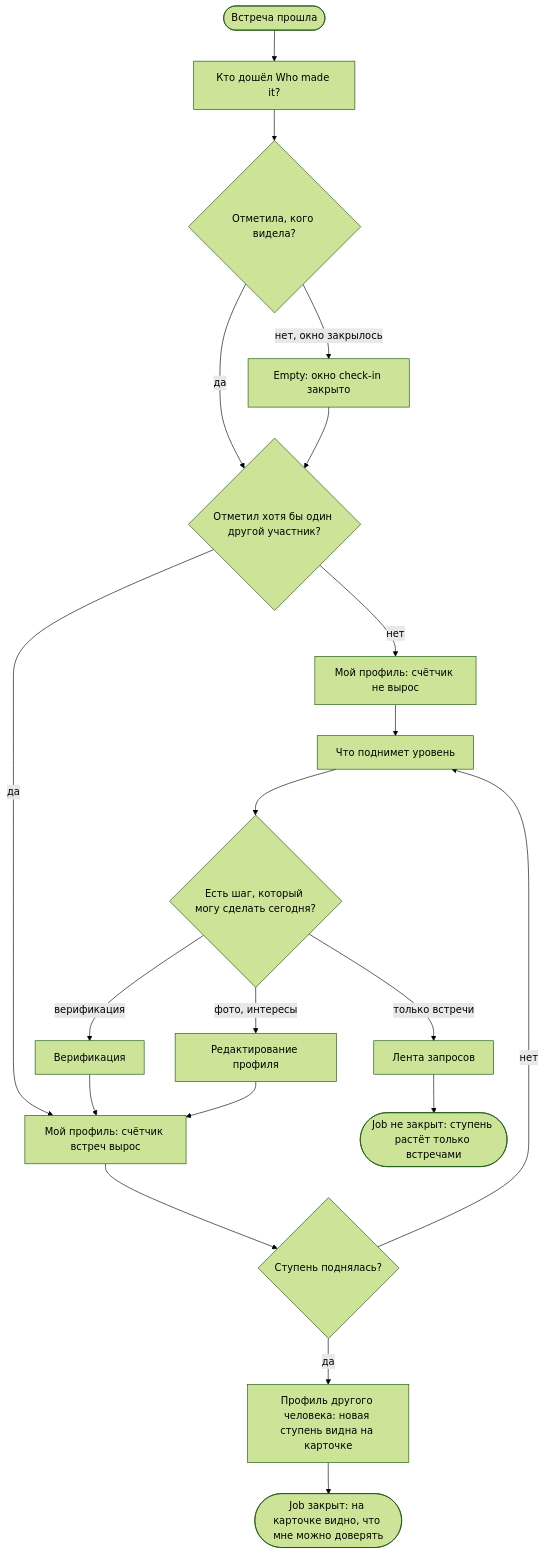
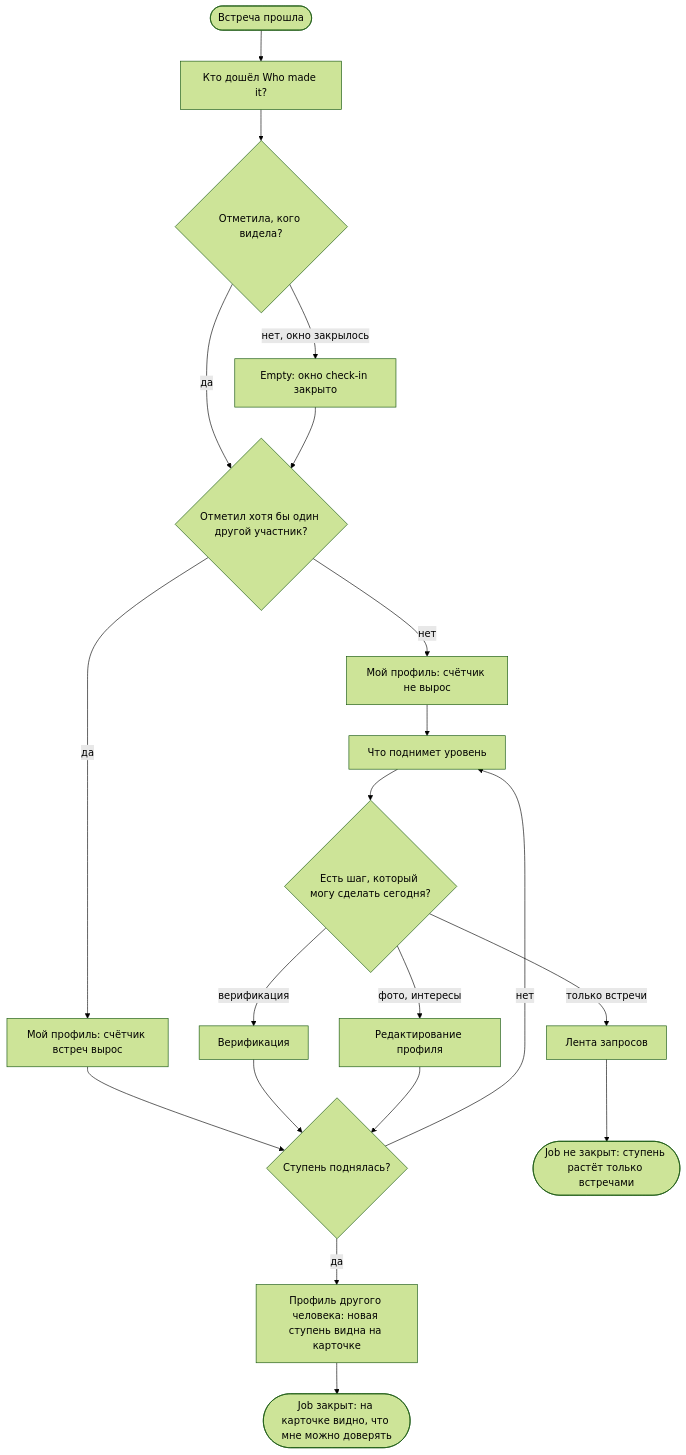
The seventh of 7 diagrams in flows.md (yulyaklim16-spec/meetmates), drawn with Mermaid (forest theme) before and after one commit. The commit also changed other lines of this file and 2 other files, not shown here.

First line of the commit message:
Bring §6 screen list to the tree; fix persona voice and tier edges in the new flows

````diff
--- a/flows.md
+++ b/flows.md
@@ -883,22 +883,22 @@
 ```mermaid
 flowchart TD
     Start([Встреча прошла]) --> WhoMade[Кто дошёл Who made it?]
     WhoMade --> Filled{Отметила, кого видела?}
     Filled -->|да| Counted{Отметил хотя бы один другой участник?}
     Filled -->|нет, окно закрылось| Closed["Empty: окно check-in закрыто"]
     Closed --> Counted
     Counted -->|нет| NotCounted["Мой профиль: счётчик не вырос"]
     NotCounted --> Boost[Что поднимет уровень]
     Counted -->|да| Grew["Мой профиль: счётчик встреч вырос"]
     Grew --> Tier{Ступень поднялась?}
     Tier -->|нет| Boost
     Tier -->|да| Card["Профиль другого человека: новая ступень видна на карточке"]
     Boost --> Steps{Есть шаг, который могу сделать сегодня?}
     Steps -->|верификация| Verify[Верификация]
     Steps -->|фото, интересы| Edit[Редактирование профиля]
     Steps -->|только встречи| Feed[Лента запросов]
-    Verify --> Grew
-    Edit --> Grew
+    Verify --> Tier
+    Edit --> Tier
     Feed --> Later(["Job не закрыт: ступень растёт только встречами"])
     Card --> Win(["Job закрыт: на карточке видно, что мне можно доверять"])
 ```
````
